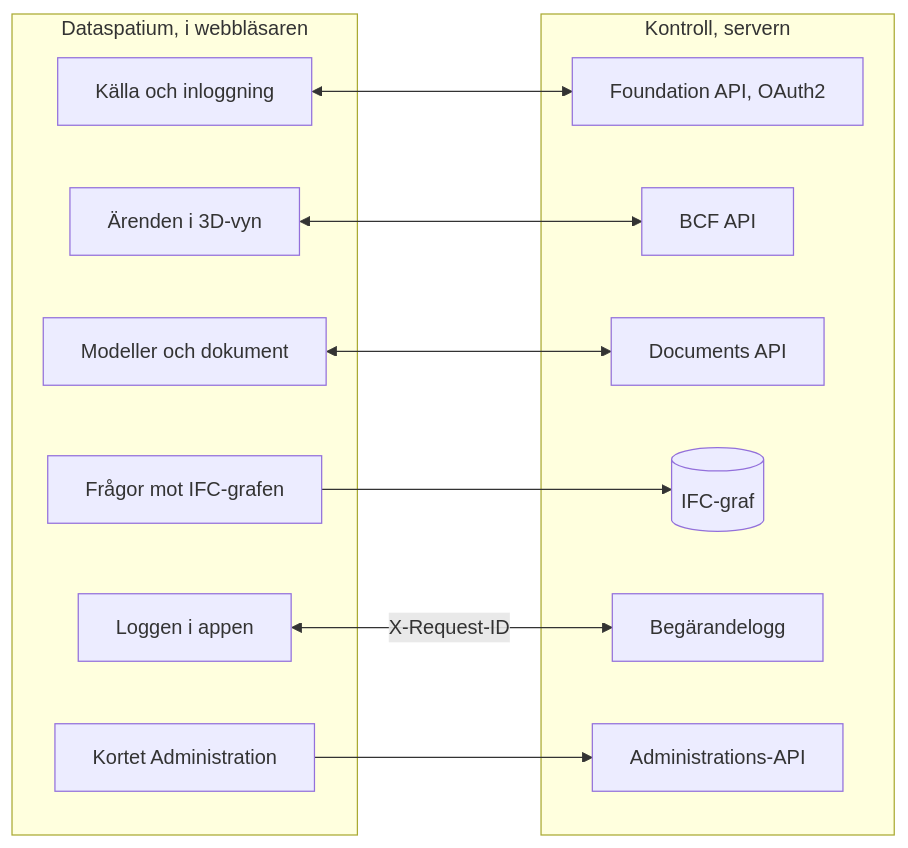
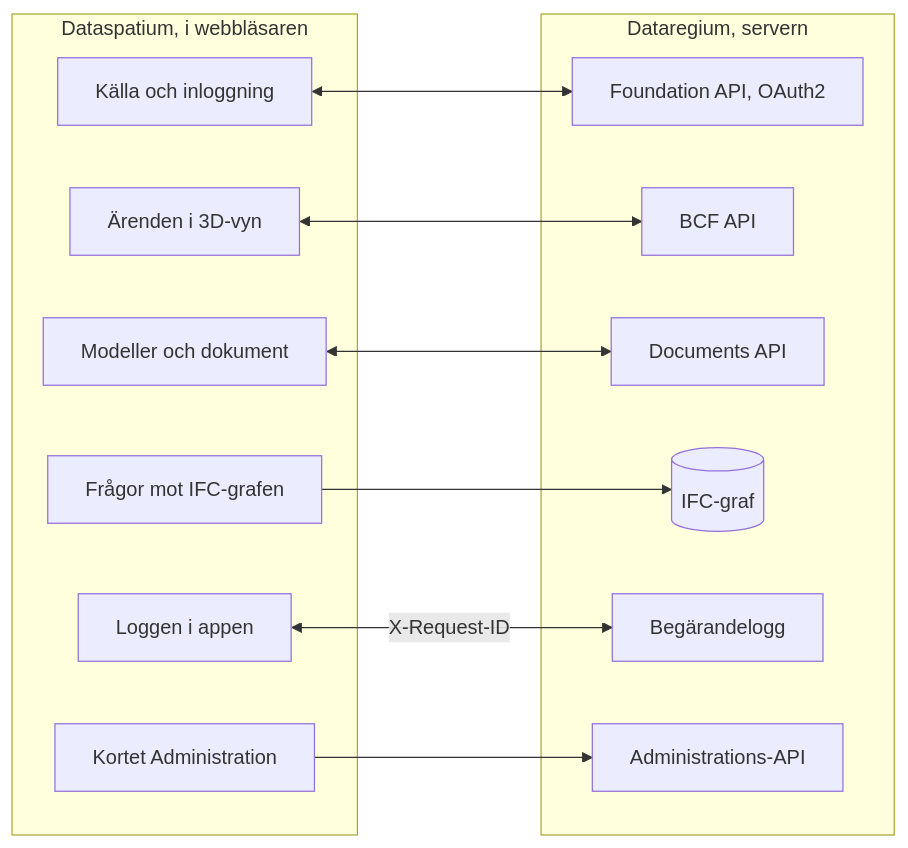
One commit to marwiss/Kontroll changed the diagram in README.md. Above: the diagram before and after it, drawn with Mermaid. The commit also changed other lines of this file and 116 other files, not shown here.

First line of the commit message:
Rename Kontroll to Dataregium

````diff
--- a/README.md
+++ b/README.md
@@ -210,25 +210,25 @@
 ```mermaid
 flowchart LR
     subgraph app ["Dataspatium, i webbläsaren"]
         source["Källa och inloggning"]
         issues["Ärenden i 3D-vyn"]
         files["Modeller och dokument"]
         queries["Frågor mot IFC-grafen"]
         log["Loggen i appen"]
         admin["Kortet Administration"]
     end
-    subgraph server ["Kontroll, servern"]
+    subgraph server ["Dataregium, servern"]
         foundation["Foundation API, OAuth2"]
         bcf["BCF API"]
         documents["Documents API"]
         ifcgraph[("IFC-graf")]
         requests["Begärandelogg"]
         adminapi["Administrations-API"]
     end
     source <--> foundation
     issues <--> bcf
     files <--> documents
     queries --> ifcgraph
     log <-- "X-Request-ID" --> requests
     admin --> adminapi
 ```
````
